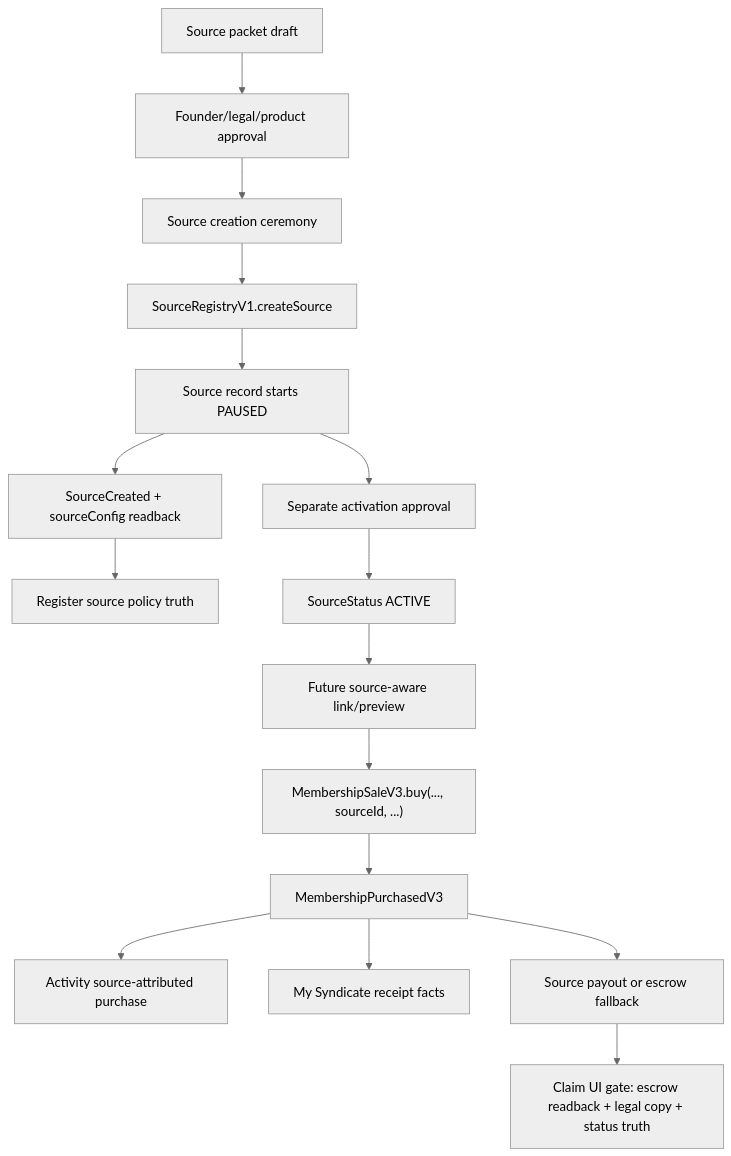
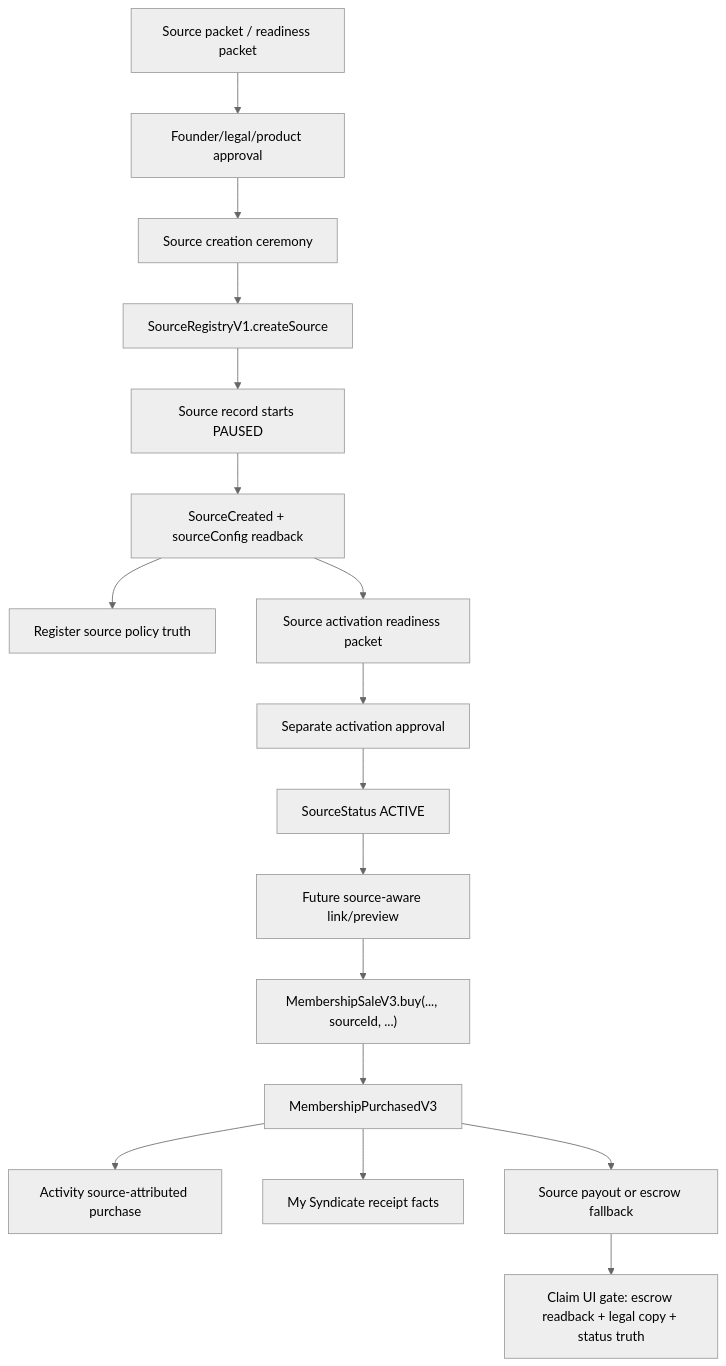
One commit to duniterum/TheSyndicate changed the second of 6 diagrams in docs/PROTOCOL_ORGANISM_GRAPH.md. Above: the diagram before and after it, drawn with Mermaid (neutral theme). The commit also changed other lines of this file and 8 other files, not shown here.

Commit message:
Add source activation readiness boundary

````diff
--- a/docs/PROTOCOL_ORGANISM_GRAPH.md
+++ b/docs/PROTOCOL_ORGANISM_GRAPH.md
@@ -167,18 +167,19 @@
 ```mermaid
 flowchart TD
-  Packet["Source packet draft"] --> Approval["Founder/legal/product approval"]
+  Packet["Source packet / readiness packet"] --> Approval["Founder/legal/product approval"]
   Approval --> CreateCeremony["Source creation ceremony"]
   CreateCeremony --> CreateSource["SourceRegistryV1.createSource"]
   CreateSource --> PausedRecord["Source record starts PAUSED"]
   PausedRecord --> Readback["SourceCreated + sourceConfig readback"]
   Readback --> Register["Register source policy truth"]
-  PausedRecord --> ActivationGate["Separate activation approval"]
+  Readback --> ActivationReadiness["Source activation readiness packet"]
+  ActivationReadiness --> ActivationGate["Separate activation approval"]
   ActivationGate --> ActiveRecord["SourceStatus ACTIVE"]
   ActiveRecord --> SourceLink["Future source-aware link/preview"]
   SourceLink --> Buy["MembershipSaleV3.buy(..., sourceId, ...)"]
   Buy --> Receipt["MembershipPurchasedV3"]
   Receipt --> Activity["Activity source-attributed purchase"]
   Receipt --> MySyndicate["My Syndicate receipt facts"]
   Receipt --> Escrow["Source payout or escrow fallback"]
   Escrow --> ClaimGate["Claim UI gate: escrow readback + legal copy + status truth"]
 ```
````
